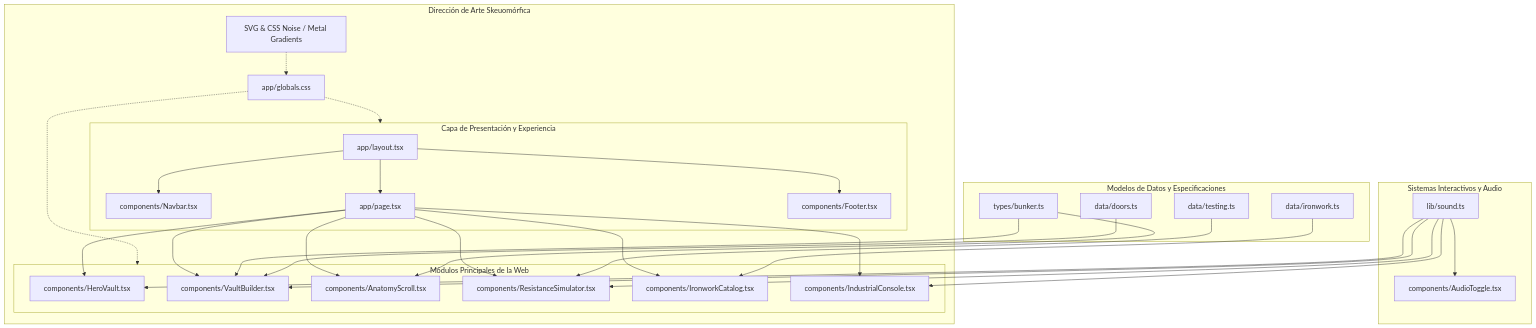
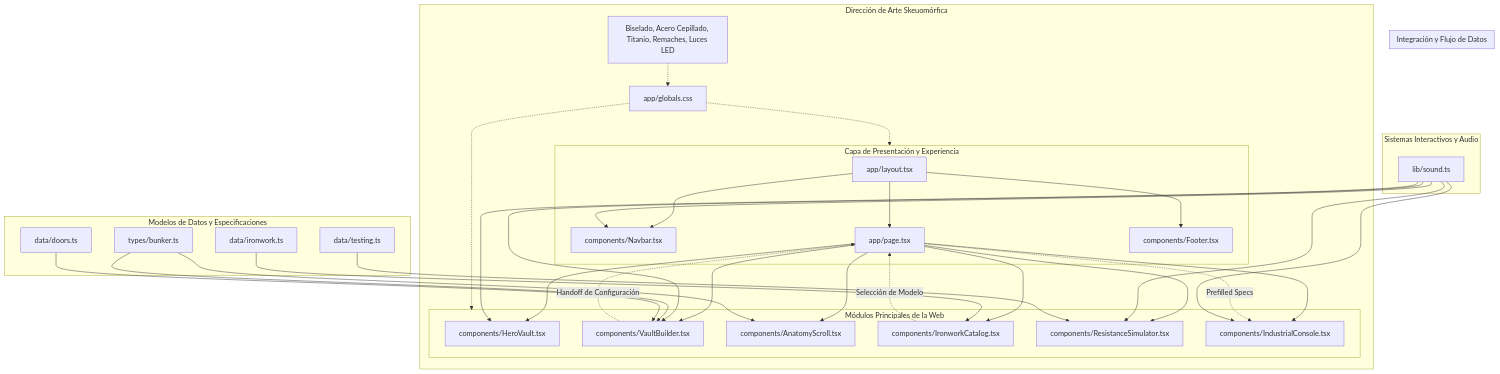
Before and after one commit to Tekobc/BunkerLock: the diagram in GRAPHIFY.md, drawn with Mermaid. The commit also changed other lines of this file, not shown here.

Commit message:
docs(graphify): update architecture graph and full component registry

````diff
--- a/GRAPHIFY.md
+++ b/GRAPHIFY.md
@@ -3,39 +3,45 @@
 ```mermaid
 graph TD
     subgraph UI_Shell [Capa de Presentación y Experiencia]
         RootLayout[app/layout.tsx] --> AppHeader[components/Navbar.tsx]
         RootLayout --> Page[app/page.tsx]
         RootLayout --> AppFooter[components/Footer.tsx]
     end
 
     subgraph Core_Sections [Módulos Principales de la Web]
         Page --> Hero[components/HeroVault.tsx]
         Page --> Builder[components/VaultBuilder.tsx]
         Page --> Anatomy[components/AnatomyScroll.tsx]
+        Page --> Ironwork[components/IronworkCatalog.tsx]
         Page --> Simulator[components/ResistanceSimulator.tsx]
-        Page --> Ironwork[components/IronworkCatalog.tsx]
         Page --> Console[components/IndustrialConsole.tsx]
+    end
+
+    subgraph State_Integration [Integración y Flujo de Datos]
+        Builder -.->|Handoff de Configuración| Page
+        Ironwork -.->|Selección de Modelo| Page
+        Page -.->|Prefilled Specs| Console
     end
 
     subgraph Interactive_Systems [Sistemas Interactivos y Audio]
         SoundEngine[lib/sound.ts] --> Hero
         SoundEngine --> Builder
         SoundEngine --> Simulator
         SoundEngine --> Console
-        SoundEngine --> AudioToggle[components/AudioToggle.tsx]
+        SoundEngine --> AppHeader
     end
 
     subgraph Data_Models [Modelos de Datos y Especificaciones]
         Types[types/bunker.ts] --> Builder
         Types --> Anatomy
         DoorData[data/doors.ts] --> Builder
         IronData[data/ironwork.ts] --> Ironwork
         TestSpecs[data/testing.ts] --> Simulator
     end
 
     subgraph Styling_Engine [Dirección de Arte Skeuomórfica]
         GlobalsCSS[app/globals.css] -.-> UI_Shell
         GlobalsCSS -.-> Core_Sections
-        NoiseTexture[SVG & CSS Noise / Metal Gradients] -.-> GlobalsCSS
+        SkeuoUtilities[Biselado, Acero Cepillado, Titanio, Remaches, Luces LED] -.-> GlobalsCSS
     end
 ```
````
